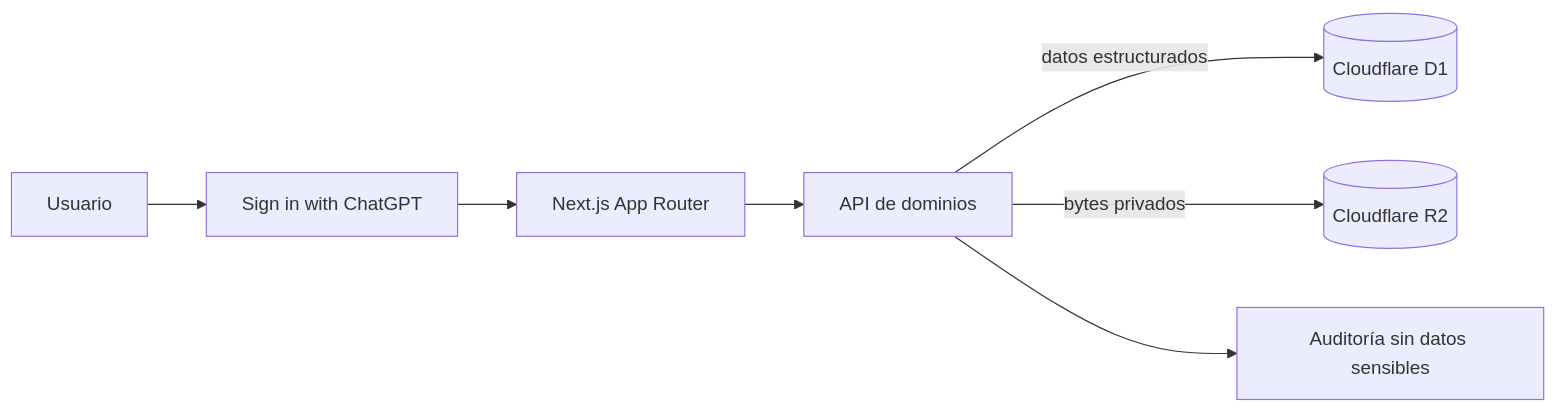
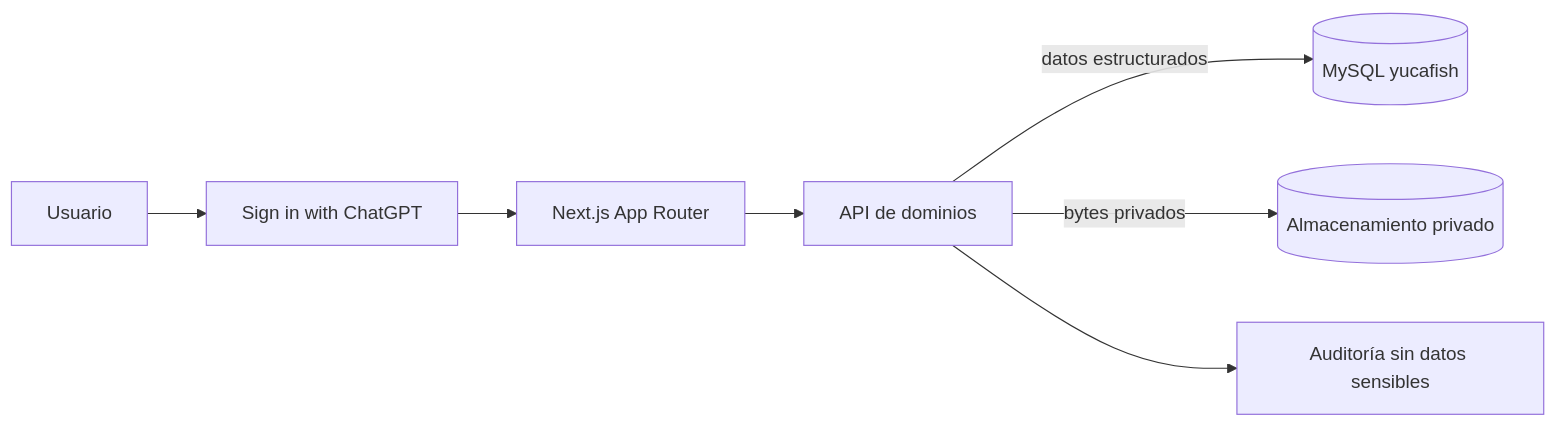
Before and after one commit to dsabidoc/Yucafish: the first of 2 diagrams in docs/ARCHITECTURE.md, drawn with Mermaid. The commit also changed other lines of this file and 16 other files, not shown here.

````diff
--- a/docs/ARCHITECTURE.md
+++ b/docs/ARCHITECTURE.md
@@ -9,9 +9,9 @@
 ```mermaid
 flowchart LR
   U[Usuario] --> A[Sign in with ChatGPT]
   A --> UI[Next.js App Router]
   UI --> API[API de dominios]
-  API -->|datos estructurados| D1[(Cloudflare D1)]
-  API -->|bytes privados| R2[(Cloudflare R2)]
+  API -->|datos estructurados| MYSQL[(MySQL yucafish)]
+  API -->|bytes privados| STORAGE[(Almacenamiento privado)]
   API --> AUD[Auditoría sin datos sensibles]
 ```
````
